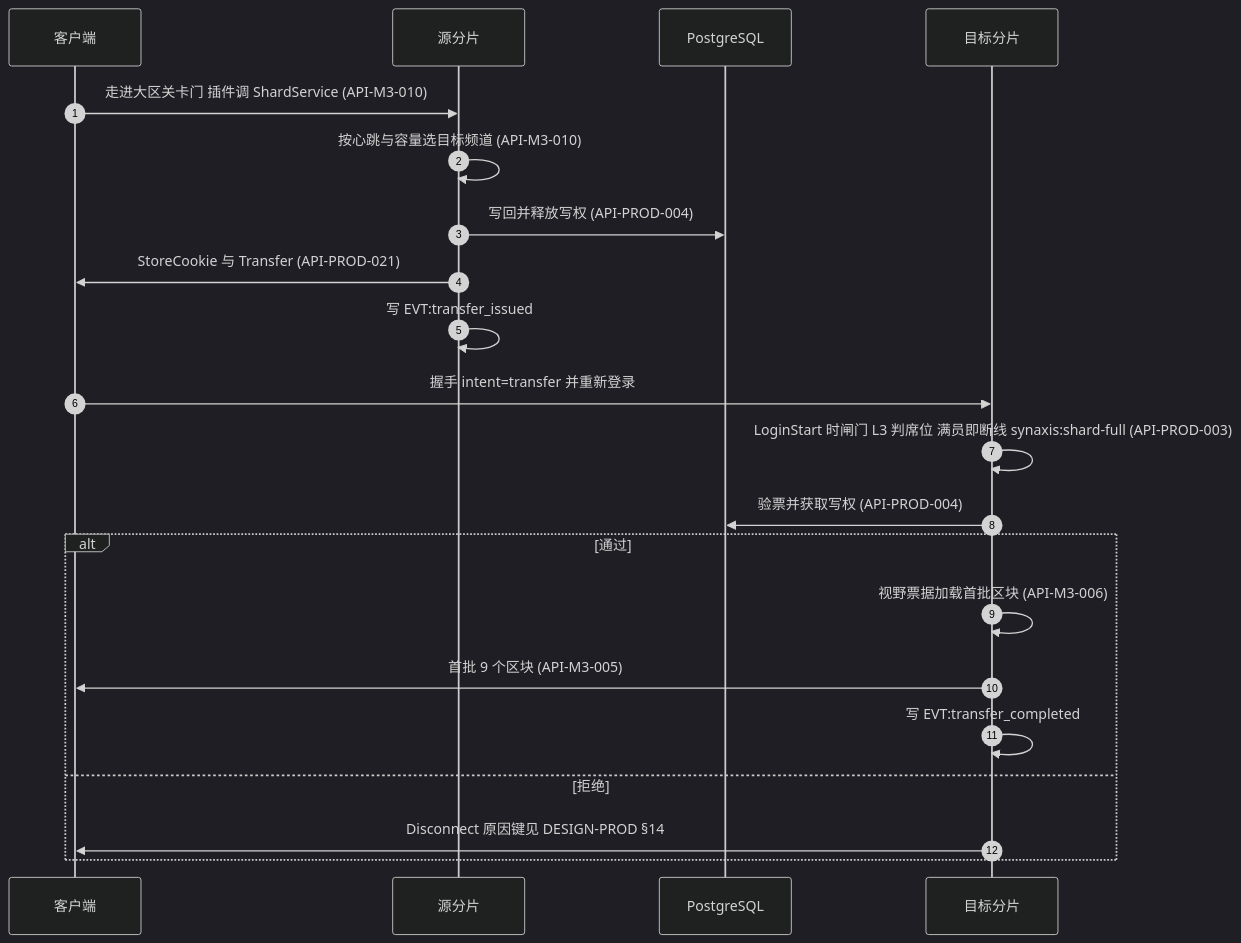
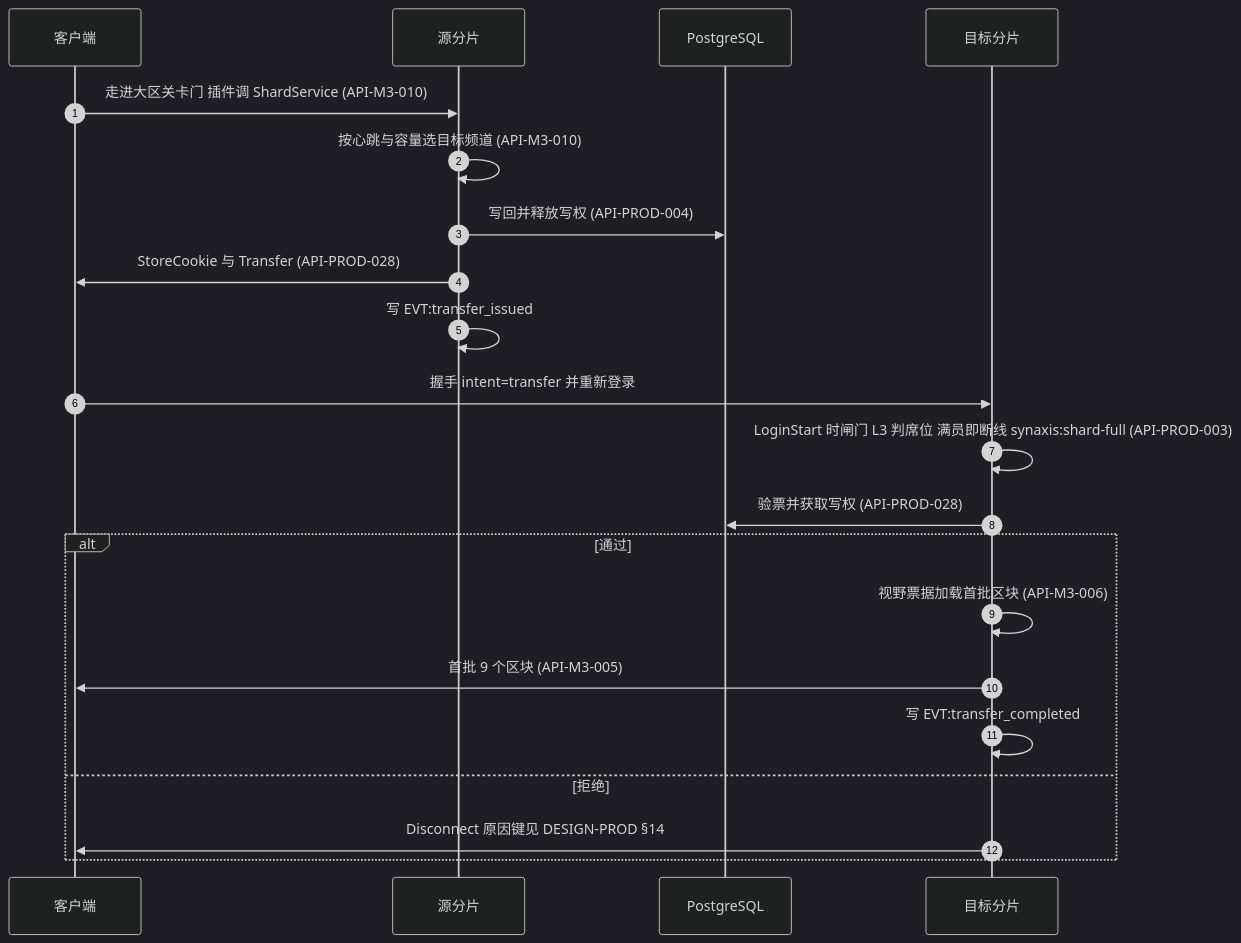
One commit to Bearisbug/synaxis changed the sixth of 9 diagrams in docs/DESIGN-M3.md. Above: the diagram before and after it, drawn with Mermaid (dark theme). The commit also changed other lines of this file and 2 other files, not shown here.

First line of the commit message:
docs: point DESIGN-M3 at DESIGN-PROD transfer tickets, register the pre-spawn disconnect guarantee

````diff
--- a/docs/DESIGN-M3.md
+++ b/docs/DESIGN-M3.md
@@ -682,23 +683,23 @@
 ```mermaid
 sequenceDiagram
   autonumber
   participant C as 客户端
   participant S as 源分片
   participant DB as PostgreSQL
   participant D as 目标分片
   C->>S: 走进大区关卡门 插件调 ShardService (API-M3-010)
   S->>S: 按心跳与容量选目标频道 (API-M3-010)
   S->>DB: 写回并释放写权 (API-PROD-004)
-  S->>C: StoreCookie 与 Transfer (API-PROD-021)
+  S->>C: StoreCookie 与 Transfer (API-PROD-028)
   S->>S: 写 EVT:transfer_issued
   C->>D: 握手 intent=transfer 并重新登录
   D->>D: LoginStart 时闸门 L3 判席位 满员即断线 synaxis:shard-full (API-PROD-003)
-  D->>DB: 验票并获取写权 (API-PROD-004)
+  D->>DB: 验票并获取写权 (API-PROD-028)
   alt 通过
     D->>D: 视野票据加载首批区块 (API-M3-006)
     D->>C: 首批 9 个区块 (API-M3-005)
     D->>D: 写 EVT:transfer_completed
   else 拒绝
     D->>C: Disconnect 原因键见 DESIGN-PROD §14
   end
 ```
````
